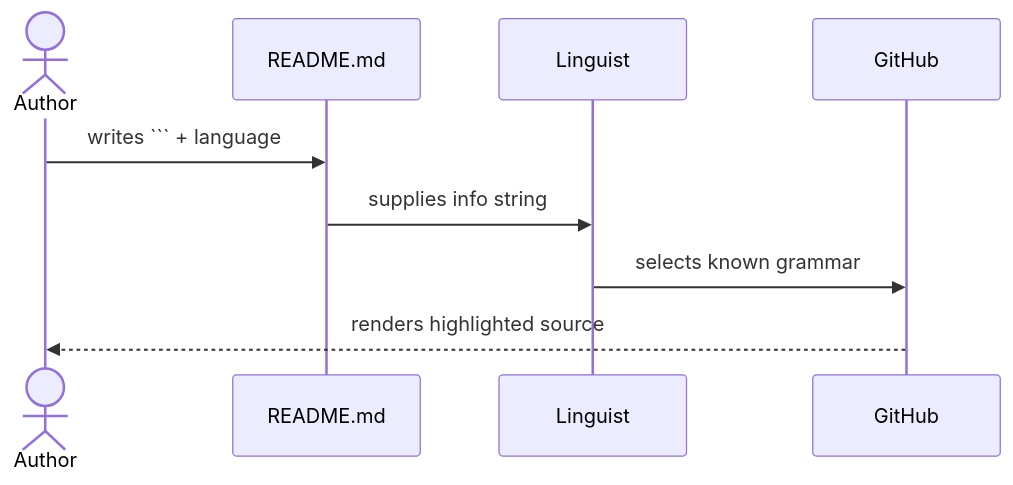
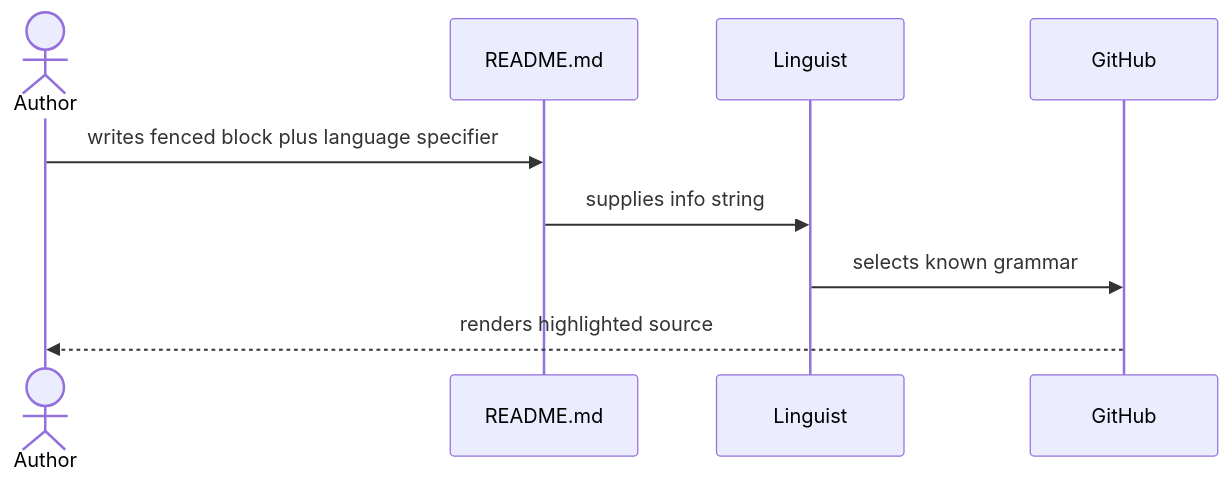
One commit to thiepn/markdown changed the third of 3 diagrams in README.md. Above: the diagram before and after it, drawn with Mermaid. The commit also changed other lines of this file, not shown here.

````diff
--- a/README.md
+++ b/README.md
@@ -1107,11 +1105,11 @@
 ```mermaid
 sequenceDiagram
     actor Author
     participant MD as README.md
     participant L as Linguist
     participant GH as GitHub
-    Author->>MD: writes ``` + language
+    Author->>MD: writes fenced block plus language specifier
     MD->>L: supplies info string
     L->>GH: selects known grammar
     GH-->>Author: renders highlighted source
 ```
````
